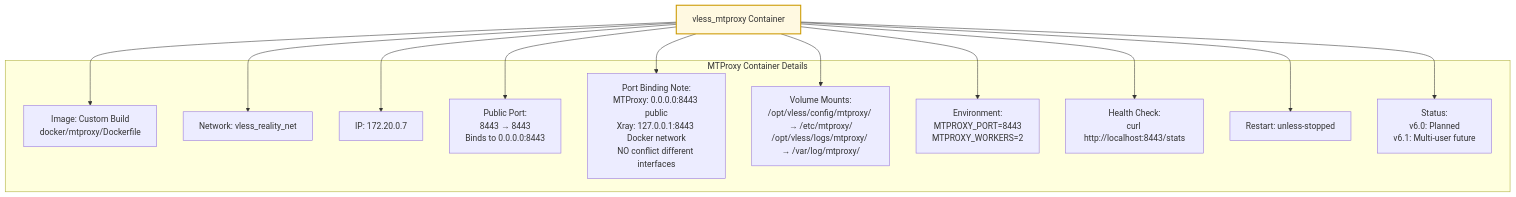
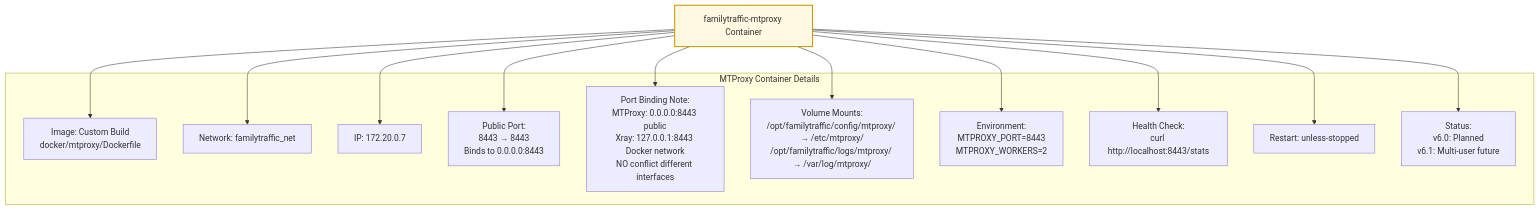
One commit to ikeniborn/vless changed the seventh of 10 diagrams in docs/architecture/diagrams/deployment/docker-topology.md. Above: the diagram before and after it, drawn with Mermaid. The commit also changed other lines of this file and 66 other files, not shown here.

First line of the commit message:
refactor(rename): replace old project name 'vless' with 'familytraffic'

````diff
--- a/docs/architecture/diagrams/deployment/docker-topology.md
+++ b/docs/architecture/diagrams/deployment/docker-topology.md
@@ -295,37 +295,37 @@
 ```mermaid
 graph TB
-    MTProxyContainer[vless_mtproxy Container]
+    MTProxyContainer[familytraffic-mtproxy Container]
 
     subgraph "MTProxy Container Details"
         Image[Image: Custom Build<br/>docker/mtproxy/Dockerfile]
-        NetworkMode[Network: vless_reality_net]
+        NetworkMode[Network: familytraffic_net]
         IP[IP: 172.20.0.7]
 
         PublicPort[Public Port:<br/>8443 → 8443<br/>Binds to 0.0.0.0:8443]
 
         PortNote[Port Binding Note:<br/>MTProxy: 0.0.0.0:8443 public<br/>Xray: 127.0.0.1:8443 Docker network<br/>NO conflict different interfaces]
 
-        Volumes[Volume Mounts:<br/>/opt/vless/config/mtproxy/ → /etc/mtproxy/<br/>/opt/vless/logs/mtproxy/ → /var/log/mtproxy/]
+        Volumes[Volume Mounts:<br/>/opt/familytraffic/config/mtproxy/ → /etc/mtproxy/<br/>/opt/familytraffic/logs/mtproxy/ → /var/log/mtproxy/]
 
         Environment[Environment:<br/>MTPROXY_PORT=8443<br/>MTPROXY_WORKERS=2]
 
         HealthCheck[Health Check:<br/>curl http://localhost:8443/stats]
 
         Restart[Restart: unless-stopped]
 
         Status[Status:<br/>v6.0: Planned<br/>v6.1: Multi-user future]
     end
 
     MTProxyContainer --> Image
     MTProxyContainer --> NetworkMode
     MTProxyContainer --> IP
     MTProxyContainer --> PublicPort
     MTProxyContainer --> PortNote
     MTProxyContainer --> Volumes
     MTProxyContainer --> Environment
     MTProxyContainer --> HealthCheck
     MTProxyContainer --> Restart
     MTProxyContainer --> Status
 
     style MTProxyContainer fill:#fff9e1,stroke:#cc9900,stroke-width:2px
 ```
````
